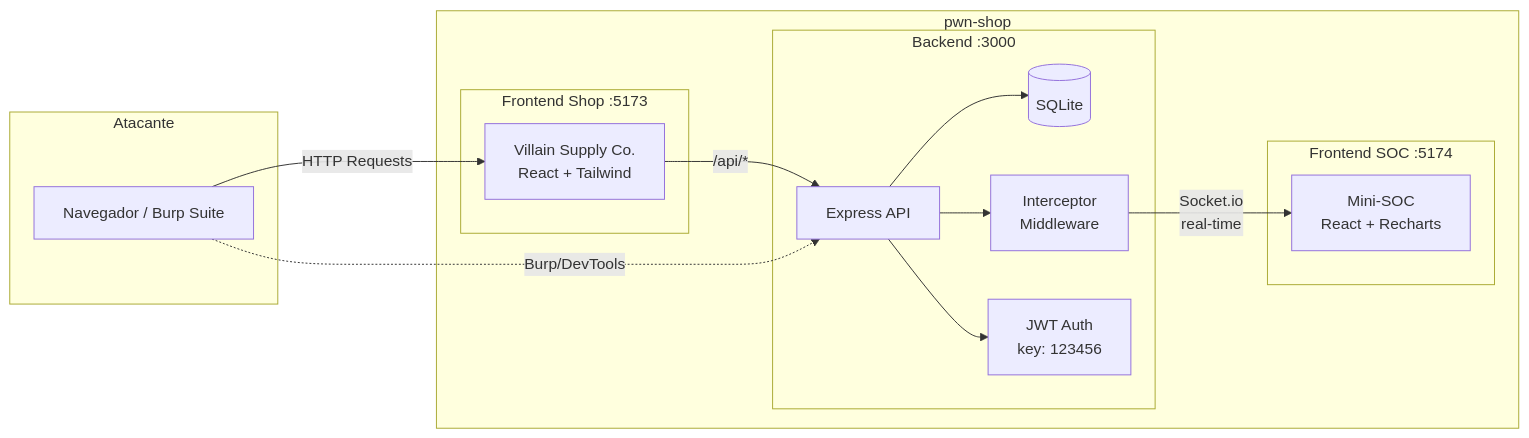
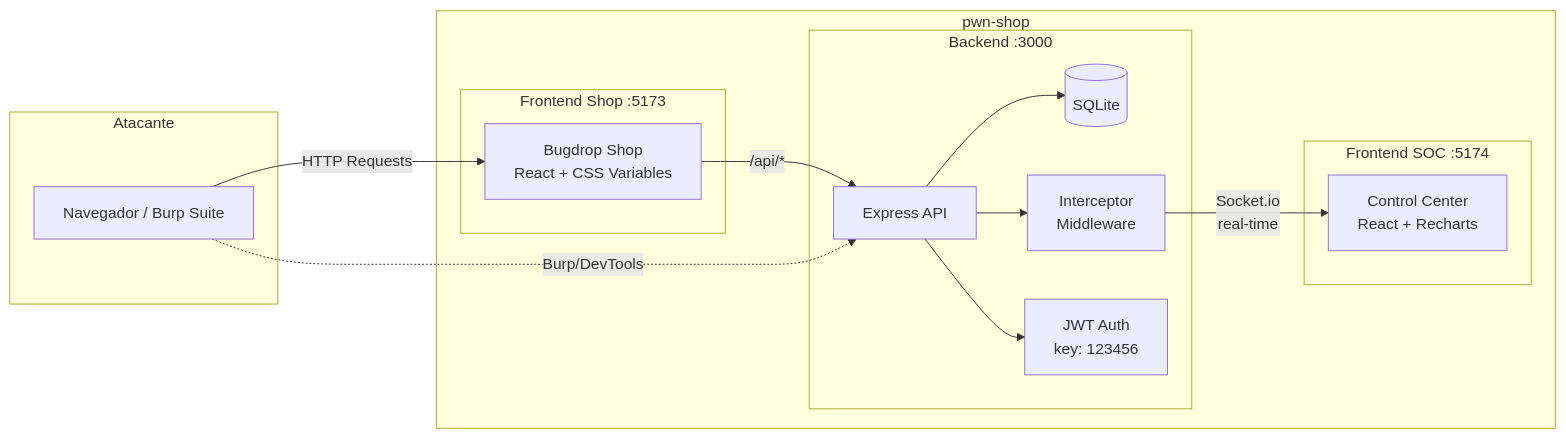
One commit to javiernglz/bugdrop changed the diagram in README.md. Above: the diagram before and after it, drawn with Mermaid. The commit also changed other lines of this file and 47 other files, not shown here.

First line of the commit message:
v2.0: Rebrand to Bugdrop — clean collectible figures store with Mini-SOC

````diff
--- a/README.md
+++ b/README.md
@@ -17,31 +17,31 @@
 ```mermaid
 graph LR
     subgraph Atacante
         B[Navegador / Burp Suite]
     end
 
     subgraph "pwn-shop"
         subgraph "Frontend Shop :5173"
-            S[Villain Supply Co.<br/>React + Tailwind]
+            S[Bugdrop Shop<br/>React + CSS Variables]
         end
 
         subgraph "Backend :3000"
             API[Express API]
             DB[(SQLite)]
             INT[Interceptor<br/>Middleware]
             JWT[JWT Auth<br/>key: 123456]
         end
 
         subgraph "Frontend SOC :5174"
-            SOC[Mini-SOC<br/>React + Recharts]
+            SOC[Control Center<br/>React + Recharts]
         end
     end
 
     B -->|HTTP Requests| S
     S -->|/api/*| API
     B -.->|Burp/DevTools| API
     API --> DB
     API --> JWT
     API --> INT
     INT -->|Socket.io<br/>real-time| SOC
 ```
````
